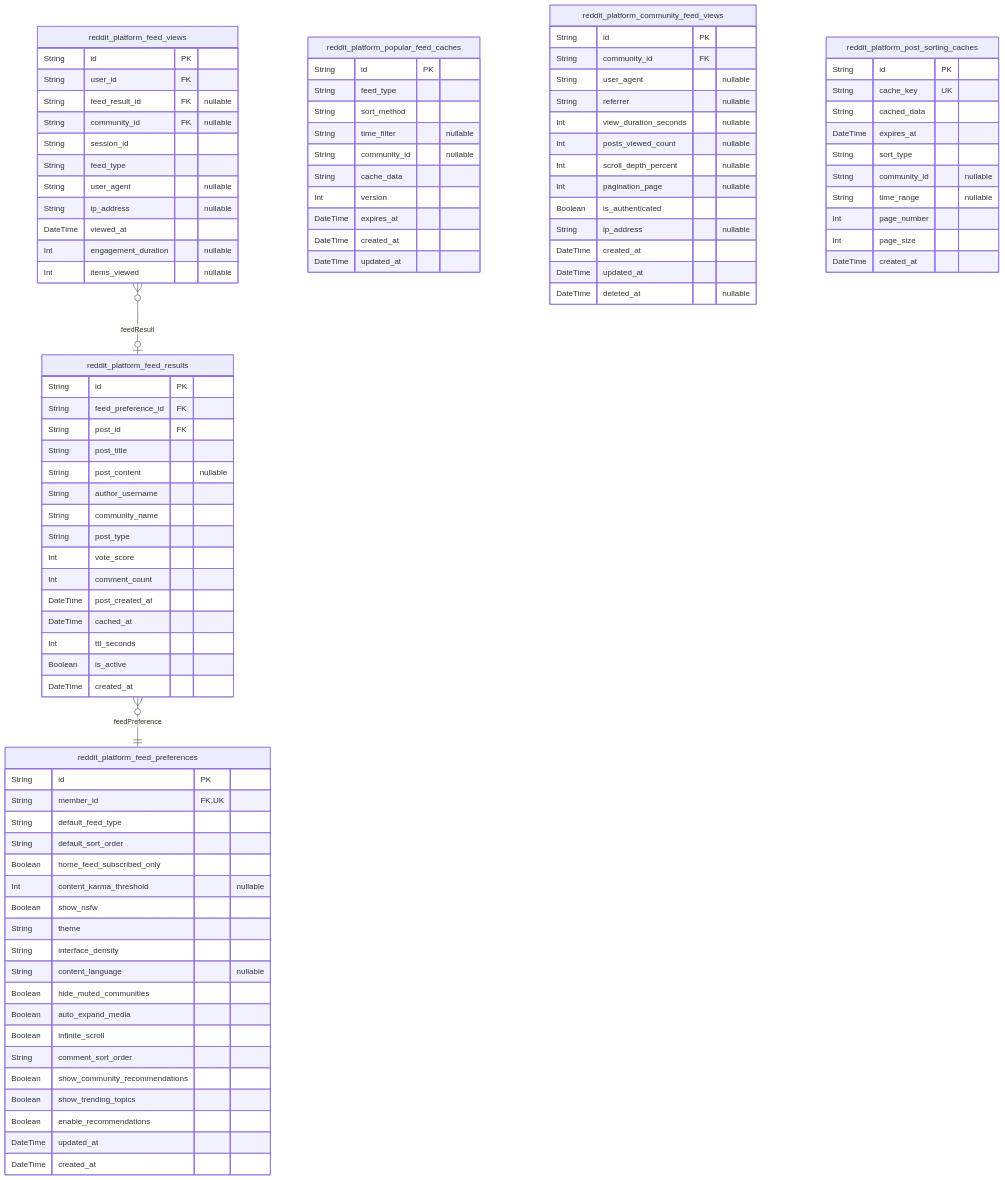
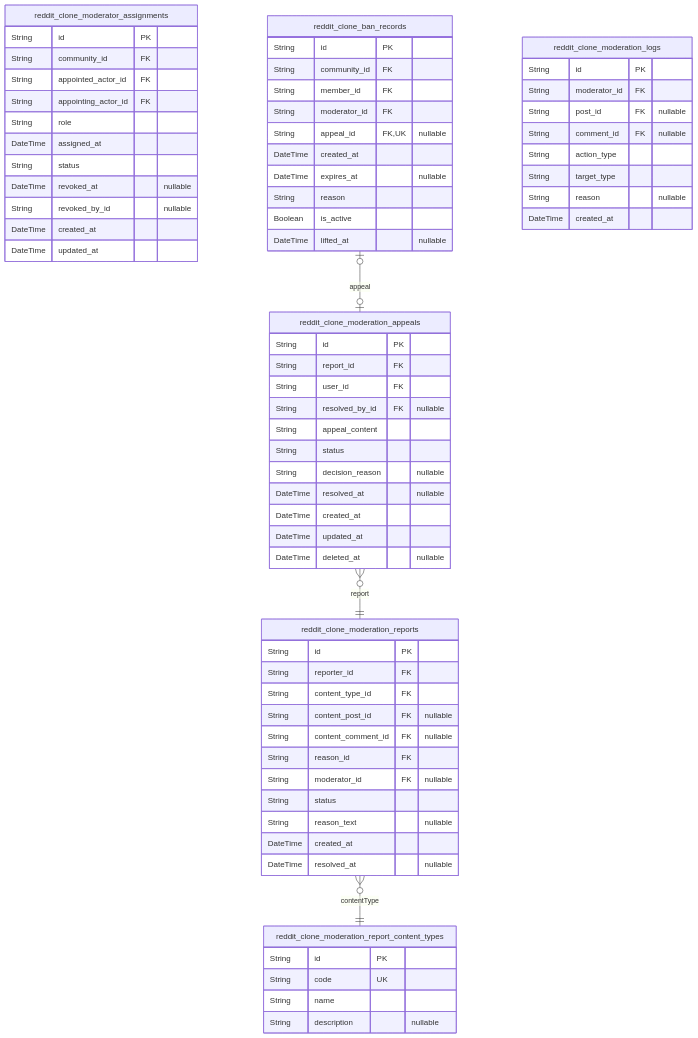
One commit to wrtnlabs/autobe-examples changed the sixth of 7 diagrams in qwen/qwen3-coder-next/reddit/docs/ERD.md. Above: the diagram before and after it, drawn with Mermaid. The commit also changed other lines of this file and 25939 other files, not shown here.

````diff
--- a/qwen/qwen3-coder-next/reddit/docs/ERD.md
+++ b/qwen/qwen3-coder-next/reddit/docs/ERD.md
@@ -648,95 +1299,73 @@
 ```mermaid
 erDiagram
-"reddit_platform_feed_results" {
+"reddit_clone_moderator_assignments" {
   String id PK
-  String feed_preference_id FK
-  String post_id FK
-  String post_title
-  String post_content "nullable"
-  String author_username
-  String community_name
-  String post_type
-  Int vote_score
-  Int comment_count
-  DateTime post_created_at
-  DateTime cached_at
-  Int ttl_seconds
-  Boolean is_active
-  DateTime created_at
-}
-"reddit_platform_feed_views" {
-  String id PK
-  String user_id FK
-  String feed_result_id FK "nullable"
-  String community_id FK "nullable"
-  String session_id
-  String feed_type
-  String user_agent "nullable"
-  String ip_address "nullable"
-  DateTime viewed_at
-  Int engagement_duration "nullable"
-  Int items_viewed "nullable"
-}
-"reddit_platform_feed_preferences" {
-  String id PK
-  String member_id FK,UK
-  String default_feed_type
-  String default_sort_order
-  Boolean home_feed_subscribed_only
-  Int content_karma_threshold "nullable"
-  Boolean show_nsfw
-  String theme
-  String interface_density
-  String content_language "nullable"
-  Boolean hide_muted_communities
-  Boolean auto_expand_media
-  Boolean infinite_scroll
-  String comment_sort_order
-  Boolean show_community_recommendations
-  Boolean show_trending_topics
-  Boolean enable_recommendations
-  DateTime updated_at
-  DateTime created_at
-}
-"reddit_platform_popular_feed_caches" {
-  String id PK
-  String feed_type
-  String sort_method
-  String time_filter "nullable"
-  String community_id "nullable"
-  String cache_data
-  Int version
-  DateTime expires_at
+  String community_id FK
+  String appointed_actor_id FK
+  String appointing_actor_id FK
+  String role
+  DateTime assigned_at
+  String status
+  DateTime revoked_at "nullable"
+  String revoked_by_id "nullable"
   DateTime created_at
   DateTime updated_at
 }
-"reddit_platform_community_feed_views" {
+"reddit_clone_ban_records" {
   String id PK
   String community_id FK
-  String user_agent "nullable"
-  String referrer "nullable"
-  Int view_duration_seconds "nullable"
-  Int posts_viewed_count "nullable"
-  Int scroll_depth_percent "nullable"
-  Int pagination_page "nullable"
-  Boolean is_authenticated
-  String ip_address "nullable"
+  String member_id FK
+  String moderator_id FK
+  String appeal_id FK,UK "nullable"
+  DateTime created_at
+  DateTime expires_at "nullable"
+  String reason
+  Boolean is_active
+  DateTime lifted_at "nullable"
+}
+"reddit_clone_moderation_logs" {
+  String id PK
+  String moderator_id FK
+  String post_id FK "nullable"
+  String comment_id FK "nullable"
+  String action_type
+  String target_type
+  String reason "nullable"
+  DateTime created_at
+}
+"reddit_clone_moderation_appeals" {
+  String id PK
+  String report_id FK
+  String user_id FK
+  String resolved_by_id FK "nullable"
+  String appeal_content
+  String status
+  String decision_reason "nullable"
+  DateTime resolved_at "nullable"
   DateTime created_at
   DateTime updated_at
   DateTime deleted_at "nullable"
 }
-"reddit_platform_post_sorting_caches" {
+"reddit_clone_moderation_reports" {
   String id PK
-  String cache_key UK
-  String cached_data
-  DateTime expires_at
-  String sort_type
-  String community_id "nullable"
-  String time_range "nullable"
-  Int page_number
-  Int page_size
+  String reporter_id FK
+  String content_type_id FK
+  String content_post_id FK "nullable"
+  String content_comment_id FK "nullable"
+  String reason_id FK
+  String moderator_id FK "nullable"
+  String status
+  String reason_text "nullable"
   DateTime created_at
+  DateTime resolved_at "nullable"
 }
-"reddit_platform_feed_results" }o--|| "reddit_platform_feed_preferences" : feedPreference
-"reddit_platform_feed_views" }o--o| "reddit_platform_feed_results" : feedResult
+"reddit_clone_moderation_report_content_types" {
+  String id PK
+  String code UK
+  String name
+  String description "nullable"
+}
+"reddit_clone_ban_records" |o--o| "reddit_clone_moderation_appeals" : appeal
+"reddit_clone_moderation_appeals" }o--|| "reddit_clone_moderation_reports" : report
+"reddit_clone_moderation_reports" }o--|| "reddit_clone_moderation_report_content_types" : contentType
 ```
````
